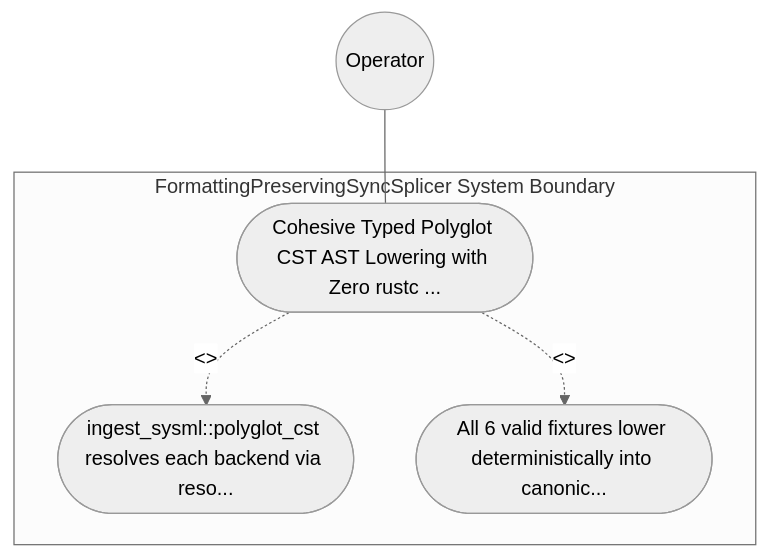
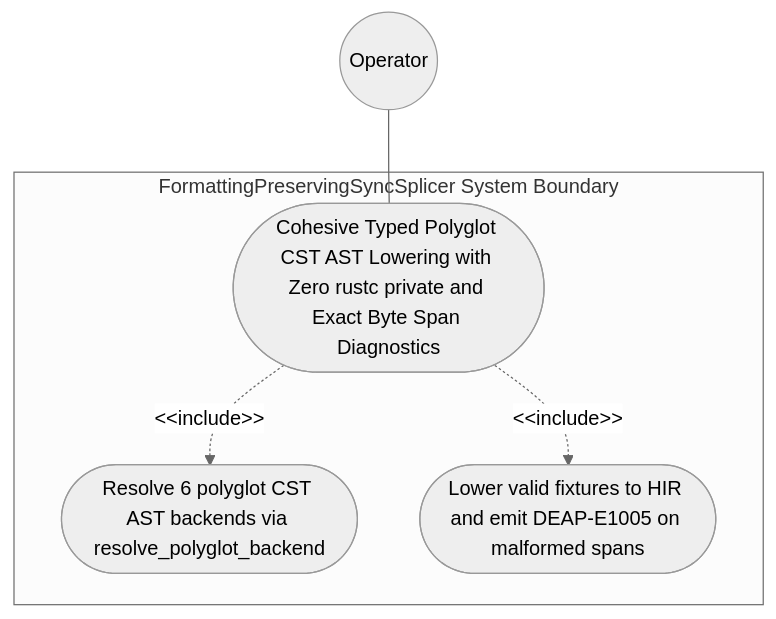
One commit to gintatkinson/DEAP01-spec-core changed the diagram in .pipeline/upstream/docs/use-cases/UC-57-Cohesive_Typed_Polyglot_CST_AST_Lowering_with_Zero_rustc_private_and_Exact_Byte_Span_Diagnostics.md. Above: the diagram before and after it, drawn with Mermaid (neutral theme). The commit also changed other lines of this file and 225 other files, not shown here.

````diff
--- a/.pipeline/upstream/docs/use-cases/UC-57-Cohesive_Typed_Polyglot_CST_AST_Lowering_with_Zero_rustc_private_and_Exact_Byte_Span_Diagnostics.md
+++ b/.pipeline/upstream/docs/use-cases/UC-57-Cohesive_Typed_Polyglot_CST_AST_Lowering_with_Zero_rustc_private_and_Exact_Byte_Span_Diagnostics.md
@@ -16,11 +16,11 @@
 ```mermaid
 graph TD
     subgraph "FormattingPreservingSyncSplicer System Boundary"
-        UC_Main(["Cohesive Typed Polyglot CST AST Lowering with Zero rustc ..."])
-        UC_Step01(["ingest_sysml::polyglot_cst resolves each backend via reso..."])
-        UC_Step02(["All 6 valid fixtures lower deterministically into canonic..."])
+        UC_Main(["Cohesive Typed Polyglot CST AST Lowering with Zero rustc private and Exact Byte Span Diagnostics"])
+        UC_Step01(["Resolve 6 polyglot CST AST backends via resolve_polyglot_backend"])
+        UC_Step02(["Lower valid fixtures to HIR and emit DEAP-E1005 on malformed spans"])
     end
     Operator(("Operator")) --- UC_Main
-    UC_Main -. "<<include>>" .-> UC_Step01
-    UC_Main -. "<<include>>" .-> UC_Step02
+    UC_Main -. "&lt;&lt;include&gt;&gt;" .-> UC_Step01
+    UC_Main -. "&lt;&lt;include&gt;&gt;" .-> UC_Step02
 ```
````
